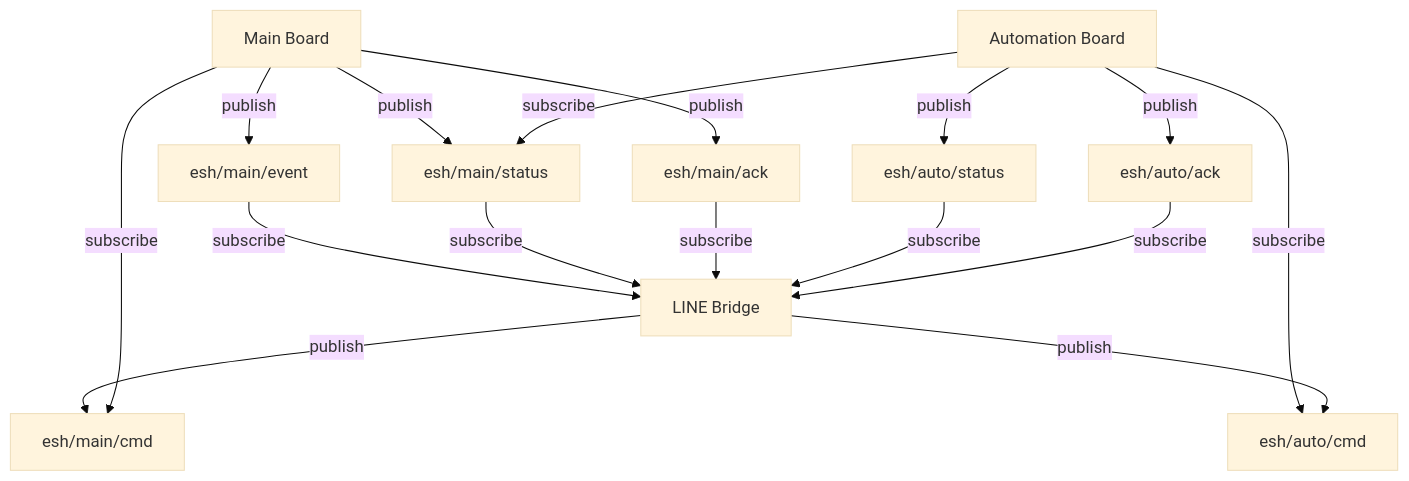
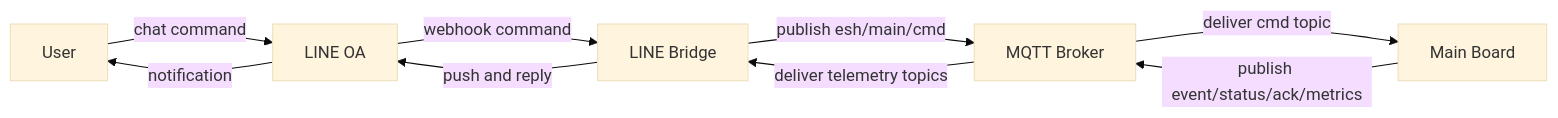
One commit to non1555/EmbeddedSecurityHome changed the third of 3 diagrams in docs/block_diagram.md. Above: the diagram before and after it, drawn with Mermaid (base theme). The commit also changed other lines of this file and 99 other files, not shown here.

Commit message:
feat: update single-board security flow and documentation

````diff
--- a/docs/block_diagram.md
+++ b/docs/block_diagram.md
@@ -77,20 +52,17 @@
 ```mermaid
-flowchart TB
-  C1[LINE Bridge] -->|publish| T1[esh/main/cmd]
-  T2[esh/main/event] -->|subscribe| C1
-  T3[esh/main/status] -->|subscribe| C1
-  T4[esh/main/ack] -->|subscribe| C1
-  T5[esh/auto/status] -->|subscribe| C1
-  T6[esh/auto/ack] -->|subscribe| C1
+flowchart LR
+  USER[User]
+  LINE[LINE OA]
+  MQTT[MQTT Broker]
+  MAIN[Main Board]
+  BRIDGE[LINE Bridge]
 
-  M1[Main Board] -->|publish| T2
-  M1 -->|publish| T3
-  M1 -->|publish| T4
-  M1 -->|subscribe| T1
-
-  A1[Automation Board] -->|publish| T5
-  A1 -->|publish| T6
-  A1 -->|subscribe| T3
-  A1 -->|subscribe| T7[esh/auto/cmd]
-  C1 -->|publish| T7
+  USER -->|chat command| LINE
+  LINE -->|webhook command| BRIDGE
+  BRIDGE -->|publish esh/main/cmd| MQTT
+  MQTT -->|deliver cmd topic| MAIN
+  MAIN -->|publish event/status/ack/metrics| MQTT
+  MQTT -->|deliver telemetry topics| BRIDGE
+  BRIDGE -->|push and reply| LINE
+  LINE -->|notification| USER
 ```
````
